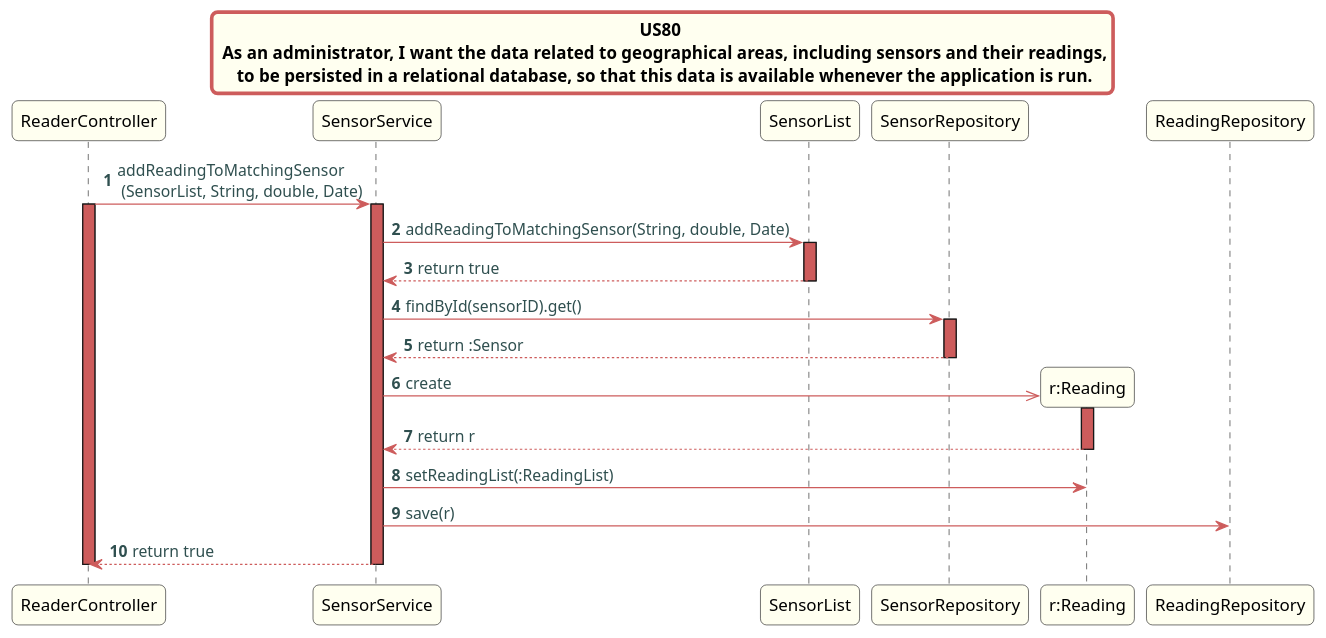
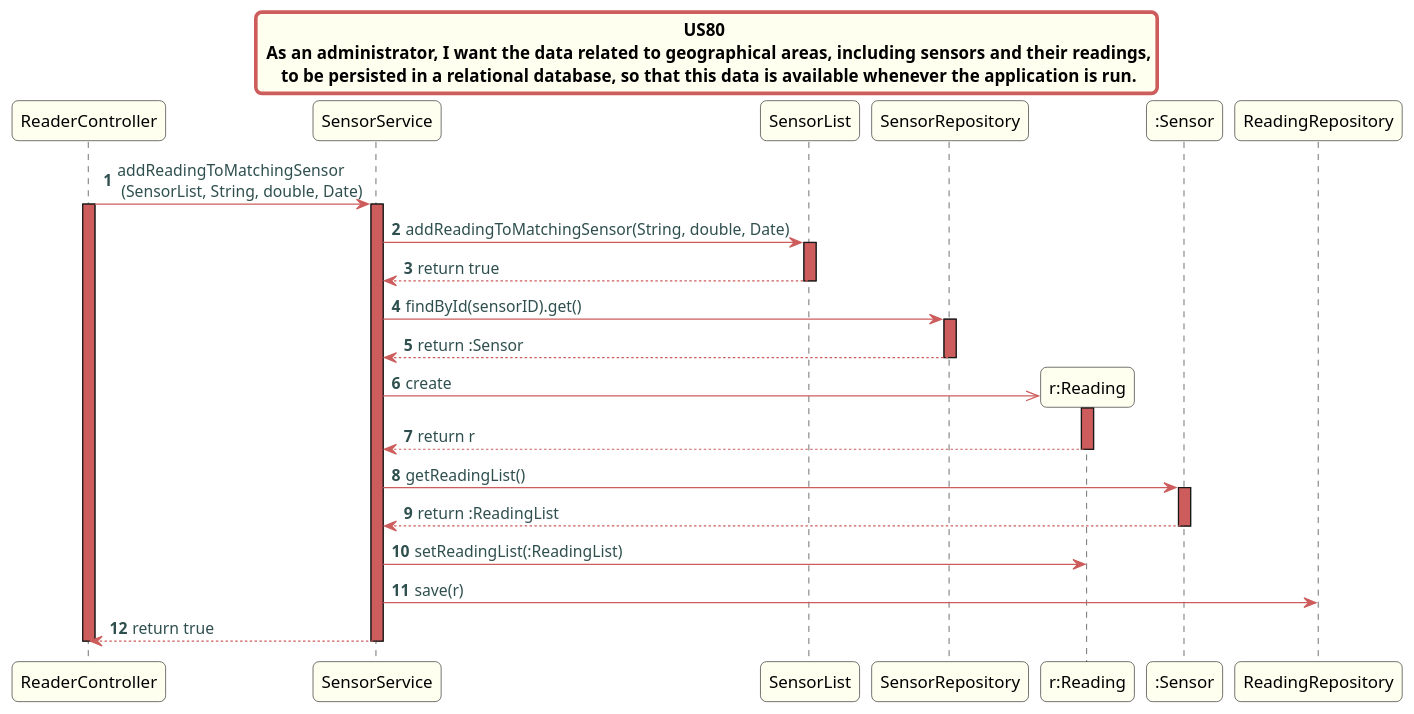
Before and after one commit to Almadanmp/project: the diagram in src/doc/Controllers/OtherUS/US80/US80-US20_sd.puml, drawn with PlantUML.

Commit message:
REF #175
- update UMLs

```diff
--- a/src/doc/Controllers/OtherUS/US80/US80-US20_sd.puml
+++ b/src/doc/Controllers/OtherUS/US80/US80-US20_sd.puml
@@ -1,54 +1,58 @@
 @startuml
 title US015v2 \n REF XML file.
 skinparam titleBorderRoundCorner 10
 skinparam titleBorderThickness 3
 skinparam titleBorderColor indianred
 skinparam titleBackgroundColor ivory
 skinparam FontName quicksand
 
 skinparam actor {
   BorderColor indianred
   }
 
 skinparam sequence {
   LifeLineBackgroundColor indianred
   ParticipantBackgroundColor ivory
 }
 
 skinparam roundcorner 10
 
 skinparam component {
   arrowThickness 1
   ArrowFontName Verdana
   ArrowColor indianred
   ArrowFontColor darkslategrey
 }
 
 
 title US80 \n As an administrator, I want the data related to geographical areas, including sensors and their readings,\n to be persisted in a relational database, so that this data is available whenever the application is run.
 
 autonumber
 
 ReaderController -> SensorService: addReadingToMatchingSensor \n (SensorList, String, double, Date)
 activate ReaderController
 activate SensorService
 SensorService -> SensorList: addReadingToMatchingSensor(String, double, Date)
 activate SensorList
 SensorList --> SensorService: return true
 deactivate SensorList
 SensorService -> SensorRepository: findById(sensorID).get()
 activate SensorRepository
 SensorRepository --> SensorService: return :Sensor
 deactivate SensorRepository
 create "r:Reading"
 SensorService ->> "r:Reading": create
 activate "r:Reading"
 "r:Reading" --> SensorService: return r
 deactivate "r:Reading"
+SensorService -> ":Sensor": getReadingList()
+activate ":Sensor"
+":Sensor" --> SensorService: return :ReadingList
+deactivate ":Sensor"
 SensorService -> "r:Reading": setReadingList(:ReadingList)
 SensorService -> ReadingRepository: save(r)
 SensorService --> ReaderController: return true
 deactivate SensorService
 deactivate ReaderController
 
 @enduml
```
